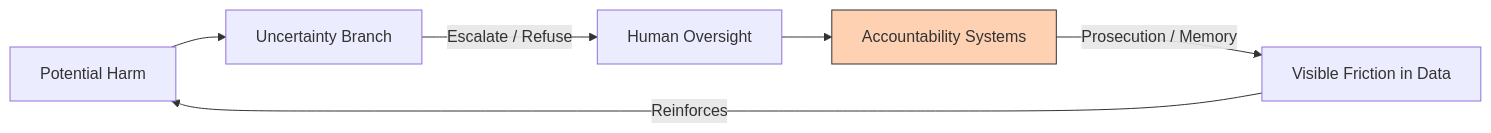
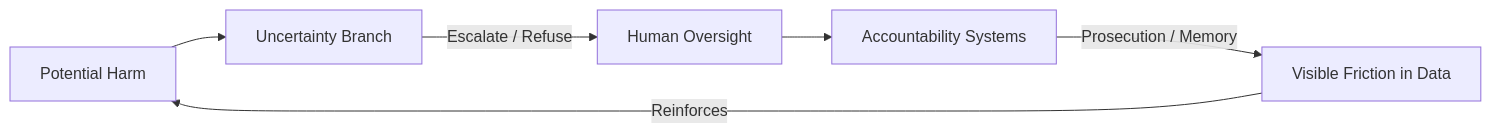
The diagram in Disruption_Kit/Big_Picture_Protocols/🌀_System_Governance/👑_Ownership_Control/⚖️_accountability_as_alignment.md (josefsbreakfast/Polaris-Protocol), drawn with Mermaid before and after one commit.

````diff
--- a/Disruption_Kit/Big_Picture_Protocols/🌀_System_Governance/👑_Ownership_Control/⚖️_accountability_as_alignment.md
+++ b/Disruption_Kit/Big_Picture_Protocols/🌀_System_Governance/👑_Ownership_Control/⚖️_accountability_as_alignment.md
@@ -64,9 +64,8 @@
 ```mermaid
 flowchart LR
     A[Potential Harm] --> B[Uncertainty Branch]
     B -->|Escalate / Refuse| C[Human Oversight]
     C --> D[Accountability Systems]
     D -->|Prosecution / Memory| E[Visible Friction in Data]
     E -->|Reinforces| A
-    style D fill:#ffd1b3,stroke:#333
 ```
````
